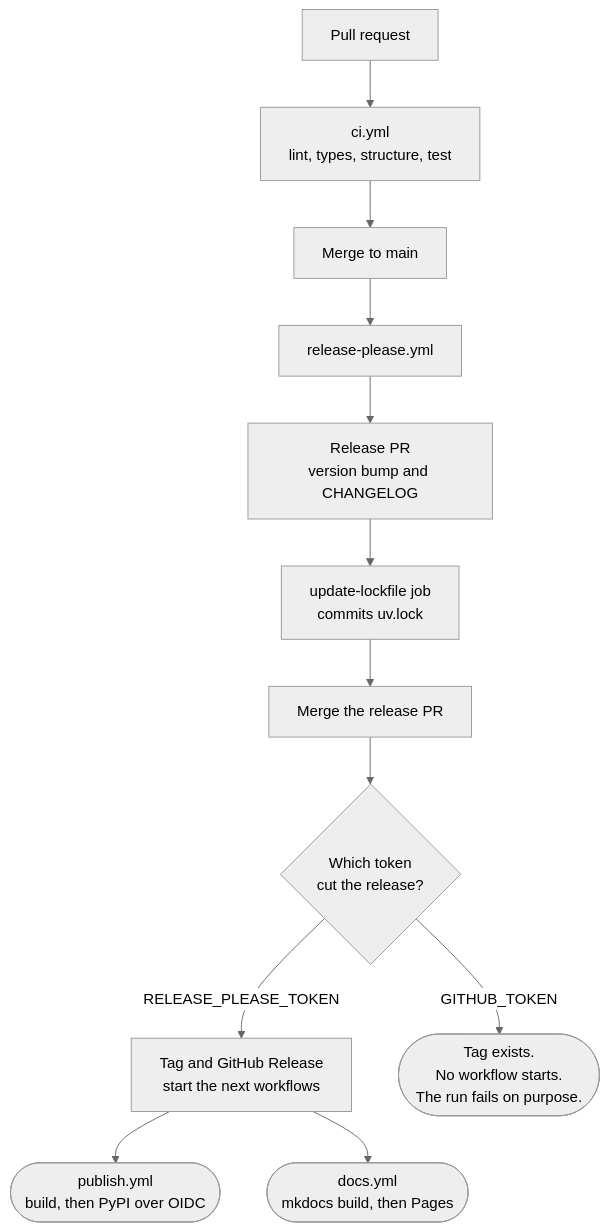
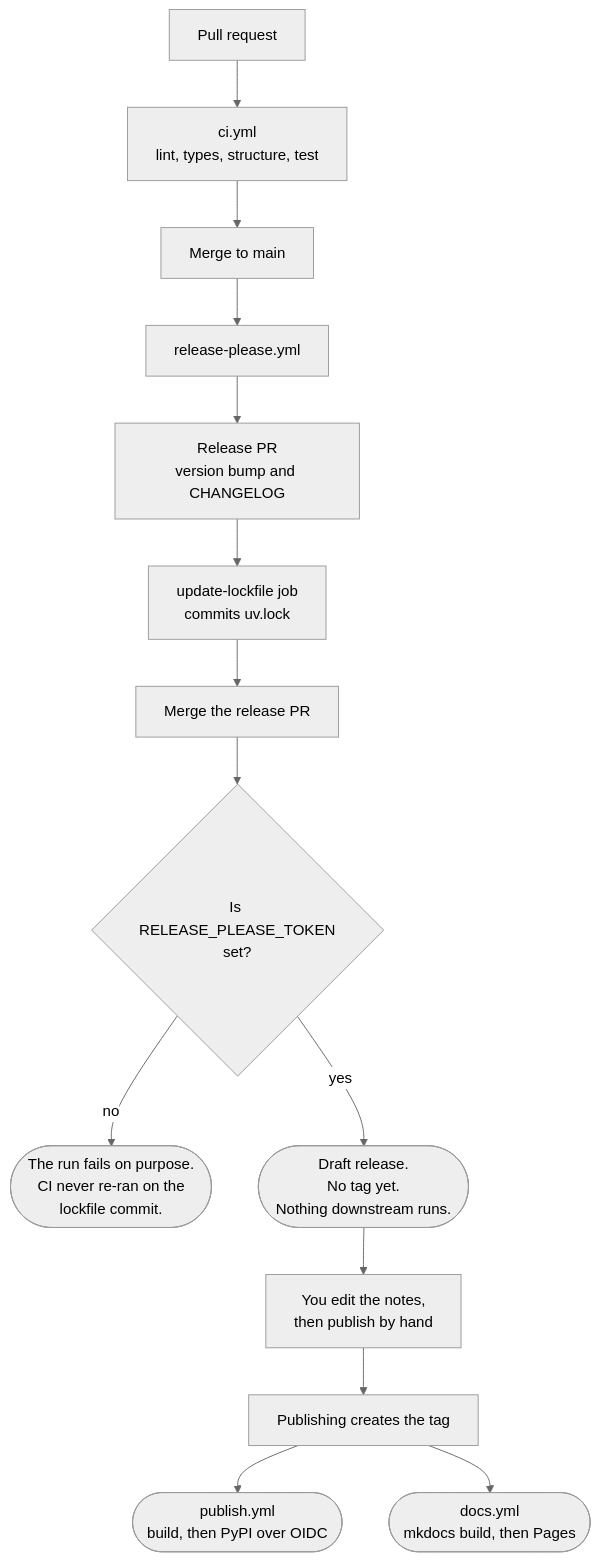
One commit to Alberto-Codes/saucier changed the diagram in docs/how-to/cut-a-release.md. Above: the diagram before and after it, drawn with Mermaid (neutral theme). The commit also changed 4 other files, not shown here.

First line of the commit message:
fix(docs): correct the release diagram and gate the published counts

````diff
--- a/docs/how-to/cut-a-release.md
+++ b/docs/how-to/cut-a-release.md
@@ -10,31 +10,34 @@
 ```mermaid
 flowchart TD
     accTitle: How a merged change reaches PyPI and GitHub Pages
     accDescr {
         A pull request runs CI, which holds four jobs: lint, types, structure
         and test. Merging it to main starts release-please.yml. That workflow
         opens a release PR carrying the version bump and the CHANGELOG entry.
         The update-lockfile job then commits uv.lock onto the same release PR,
         because release-please bumps pyproject.toml and leaves the lockfile
-        behind. Merging the release PR makes release-please cut a tag and a
-        GitHub Release. What happens next depends on which token cut it. Cut
-        with RELEASE_PLEASE_TOKEN, the tag and the release trigger two
-        workflows in parallel: publish.yml builds and uploads to PyPI over
-        OIDC, and docs.yml builds the site and deploys it to GitHub Pages. Cut
-        with GITHUB_TOKEN, the tag still exists, but GitHub starts no workflow
-        from it, so neither PyPI nor Pages updates. release-please.yml detects
-        that case and fails its own run rather than reporting success.
+        behind. Merging the release PR makes release-please cut a GitHub
+        Release as a draft. A draft carries no tag, so nothing downstream
+        runs. release-please.yml fails its own run when no personal access
+        token is set, because a lockfile commit pushed with GITHUB_TOKEN does
+        not re-run CI, and the release PR then shows a passing run for an
+        earlier commit. You edit the draft notes and publish the release by
+        hand. Publishing creates the tag, which starts two workflows in
+        parallel: publish.yml builds and uploads to PyPI over OIDC, and
+        docs.yml builds the site and deploys it to GitHub Pages.
     }
 
     pr["Pull request"] --> ci["ci.yml<br/>lint, types, structure, test"]
     ci --> main["Merge to main"]
     main --> rp["release-please.yml"]
     rp --> relpr["Release PR<br/>version bump and CHANGELOG"]
     relpr --> lock["update-lockfile job<br/>commits uv.lock"]
     lock --> mergerel["Merge the release PR"]
-    mergerel --> token{"Which token<br/>cut the release?"}
-    token -->|RELEASE_PLEASE_TOKEN| cut["Tag and GitHub Release<br/>start the next workflows"]
-    token -->|GITHUB_TOKEN| stall(["Tag exists.<br/>No workflow starts.<br/>The run fails on purpose."])
+    mergerel --> pat{"Is RELEASE_PLEASE_TOKEN<br/>set?"}
+    pat -->|no| stall(["The run fails on purpose.<br/>CI never re-ran on the<br/>lockfile commit."])
+    pat -->|yes| draft(["Draft release.<br/>No tag yet.<br/>Nothing downstream runs."])
+    draft --> human["You edit the notes,<br/>then publish by hand"]
+    human --> cut["Publishing creates the tag"]
     cut --> pypi(["publish.yml<br/>build, then PyPI over OIDC"])
     cut --> pages(["docs.yml<br/>mkdocs build, then Pages"])
 ```
````
